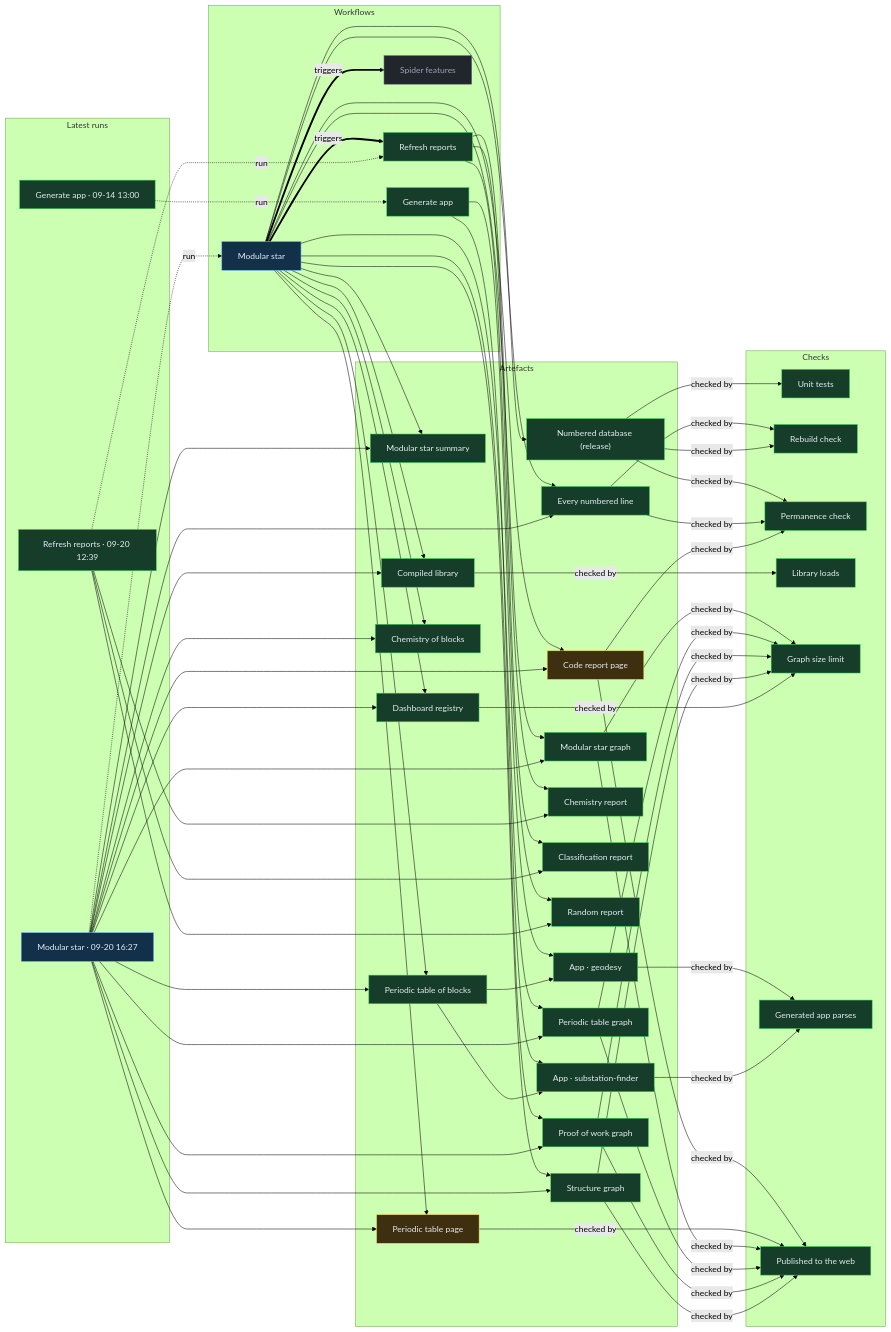
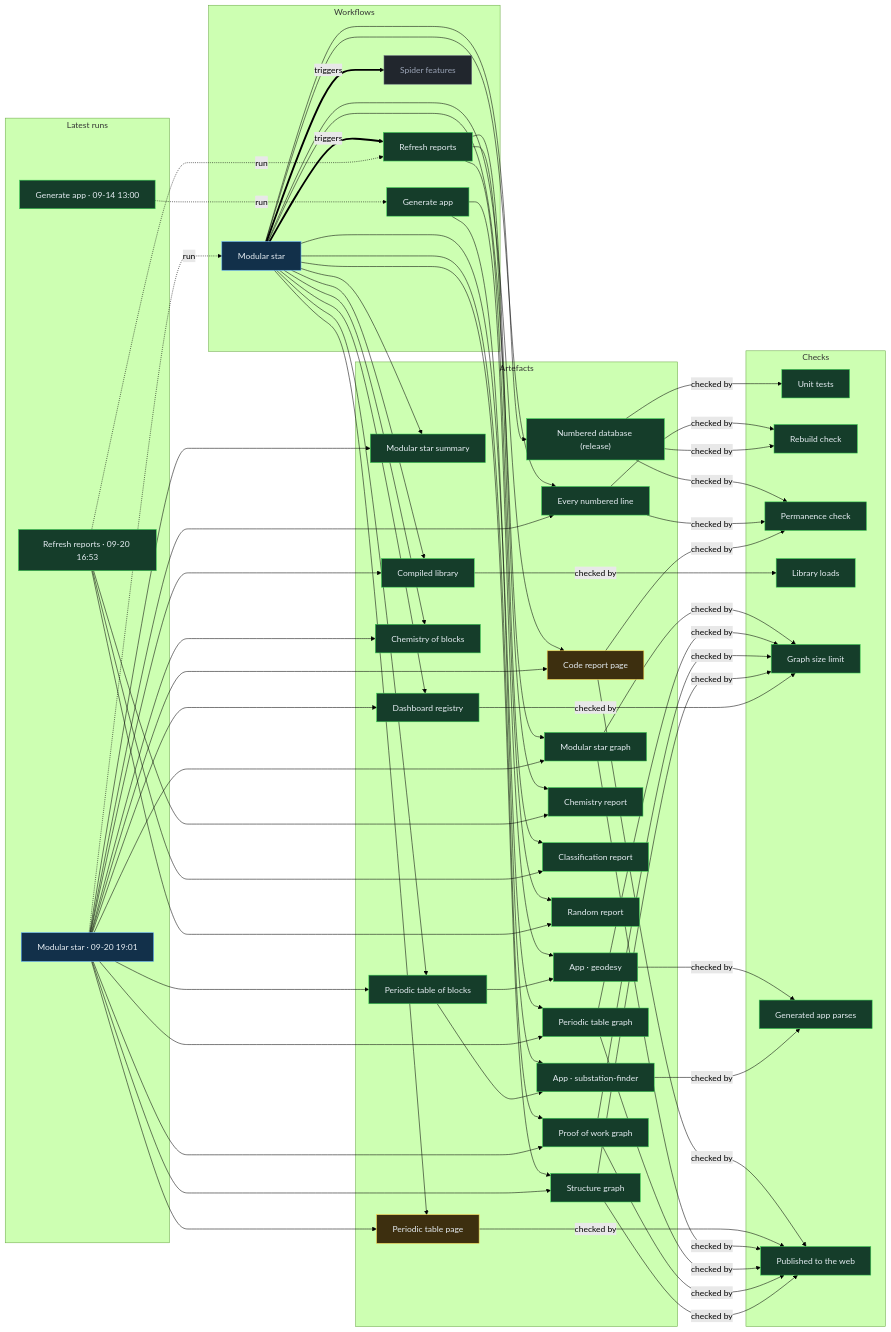
The diagram in proof/PROOF.md (Ventusltd/stars), drawn with Mermaid (forest theme) before and after one commit. The commit also changed other lines of this file and 33 other files, not shown here.

Commit message:
Modular star 2026-09-20T19:03Z

```diff
--- a/proof/PROOF.md
+++ b/proof/PROOF.md
@@ -24,8 +24,8 @@
   n_wf_spider_features["Spider features"]:::off
   end
   subgraph g_runs["Latest runs"]
-  n_run_35522753759["Modular star · 09-20 16:27"]:::live
-  n_run_35511220550["Refresh reports · 09-20 12:39"]:::ok
+  n_run_35530937151["Modular star · 09-20 19:01"]:::live
+  n_run_35524115479["Refresh reports · 09-20 16:53"]:::ok
   n_run_34846587798["Generate app · 09-14 13:00"]:::ok
   end
   subgraph g_artefacts["Artefacts"]
@@ -59,39 +59,39 @@
   end
   n_wf_modular_star == triggers ==> n_wf_refresh
   n_wf_modular_star == triggers ==> n_wf_spider_features
-  n_run_35522753759 -. run .-> n_wf_modular_star
-  n_run_35511220550 -. run .-> n_wf_refresh
+  n_run_35530937151 -. run .-> n_wf_modular_star
+  n_run_35524115479 -. run .-> n_wf_refresh
   n_run_34846587798 -. run .-> n_wf_generate
   n_wf_modular_star --> n_art_summary
-  n_run_35522753759 --> n_art_summary
+  n_run_35530937151 --> n_art_summary
   n_wf_modular_star --> n_art_lines
-  n_run_35522753759 --> n_art_lines
+  n_run_35530937151 --> n_art_lines
   n_wf_modular_star --> n_art_code
-  n_run_35522753759 --> n_art_code
+  n_run_35530937151 --> n_art_code
   n_wf_modular_star --> n_art_modular_graph
-  n_run_35522753759 --> n_art_modular_graph
+  n_run_35530937151 --> n_art_modular_graph
   n_wf_modular_star --> n_art_blocks
-  n_run_35522753759 --> n_art_blocks
+  n_run_35530937151 --> n_art_blocks
   n_wf_modular_star --> n_art_table
-  n_run_35522753759 --> n_art_table
+  n_run_35530937151 --> n_art_table
   n_wf_modular_star --> n_art_blocks_graph
-  n_run_35522753759 --> n_art_blocks_graph
+  n_run_35530937151 --> n_art_blocks_graph
   n_wf_modular_star --> n_art_reactions
-  n_run_35522753759 --> n_art_reactions
+  n_run_35530937151 --> n_art_reactions
   n_wf_modular_star --> n_art_library
-  n_run_35522753759 --> n_art_library
+  n_run_35530937151 --> n_art_library
   n_wf_modular_star --> n_art_features
-  n_run_35522753759 --> n_art_features
+  n_run_35530937151 --> n_art_features
   n_wf_modular_star --> n_art_proof
-  n_run_35522753759 --> n_art_proof
+  n_run_35530937151 --> n_art_proof
   n_wf_modular_star --> n_art_structure
-  n_run_35522753759 --> n_art_structure
+  n_run_35530937151 --> n_art_structure
   n_wf_refresh --> n_art_chemistry
-  n_run_35511220550 --> n_art_chemistry
+  n_run_35524115479 --> n_art_chemistry
   n_wf_refresh --> n_art_vedic
-  n_run_35511220550 --> n_art_vedic
+  n_run_35524115479 --> n_art_vedic
   n_wf_refresh --> n_art_random
-  n_run_35511220550 --> n_art_random
+  n_run_35524115479 --> n_art_random
   n_wf_modular_star --> n_art_release
   n_wf_generate --> n_app_geodesy
   n_art_blocks --> n_app_geodesy
```
